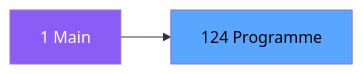
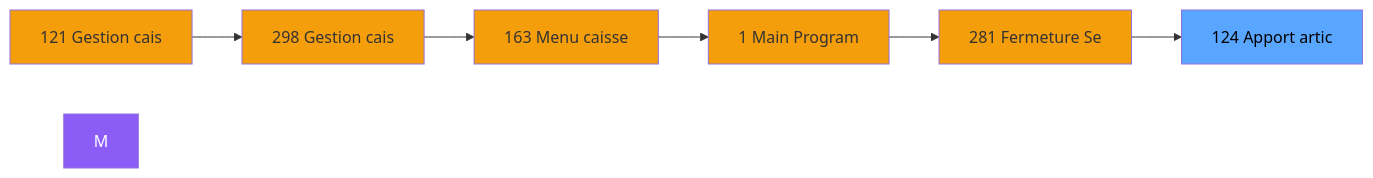
The second of 3 diagrams in .openspec/specs/ADH-IDE-124.md (thonyAGP/magic-migration), drawn with Mermaid before and after one commit. The commit also changed other lines of this file and 323 other files, not shown here.

````diff
--- a/.openspec/specs/ADH-IDE-124.md
+++ b/.openspec/specs/ADH-IDE-124.md
@@ -102,8 +112,21 @@
 ```mermaid
 graph LR
-    M[1 Main]
-    T[124 Programme]
-    M --> T
+    N121[121 Gestion cais]
+    N298[298 Gestion cais]
+    N163[163 Menu caisse ]
+    N1[1 Main Program]
+    N281[281 Fermeture Se]
+    T[124 Apport artic]
+    N121 --> N298
+    N298 --> N163
+    N163 --> N1
+    N1 --> N281
+    N281 --> T
     style M fill:#8b5cf6,color:#fff
+    style N121 fill:#f59e0b
+    style N298 fill:#f59e0b
+    style N163 fill:#f59e0b
+    style N1 fill:#f59e0b
+    style N281 fill:#f59e0b
     style T fill:#58a6ff,color:#000
 ```
````
